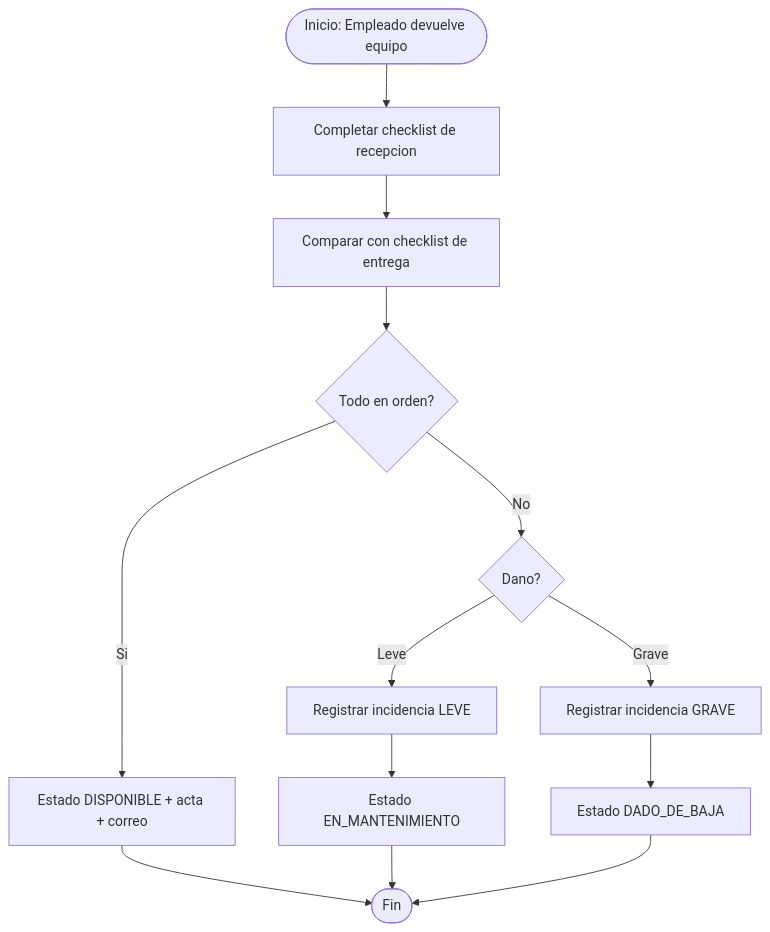
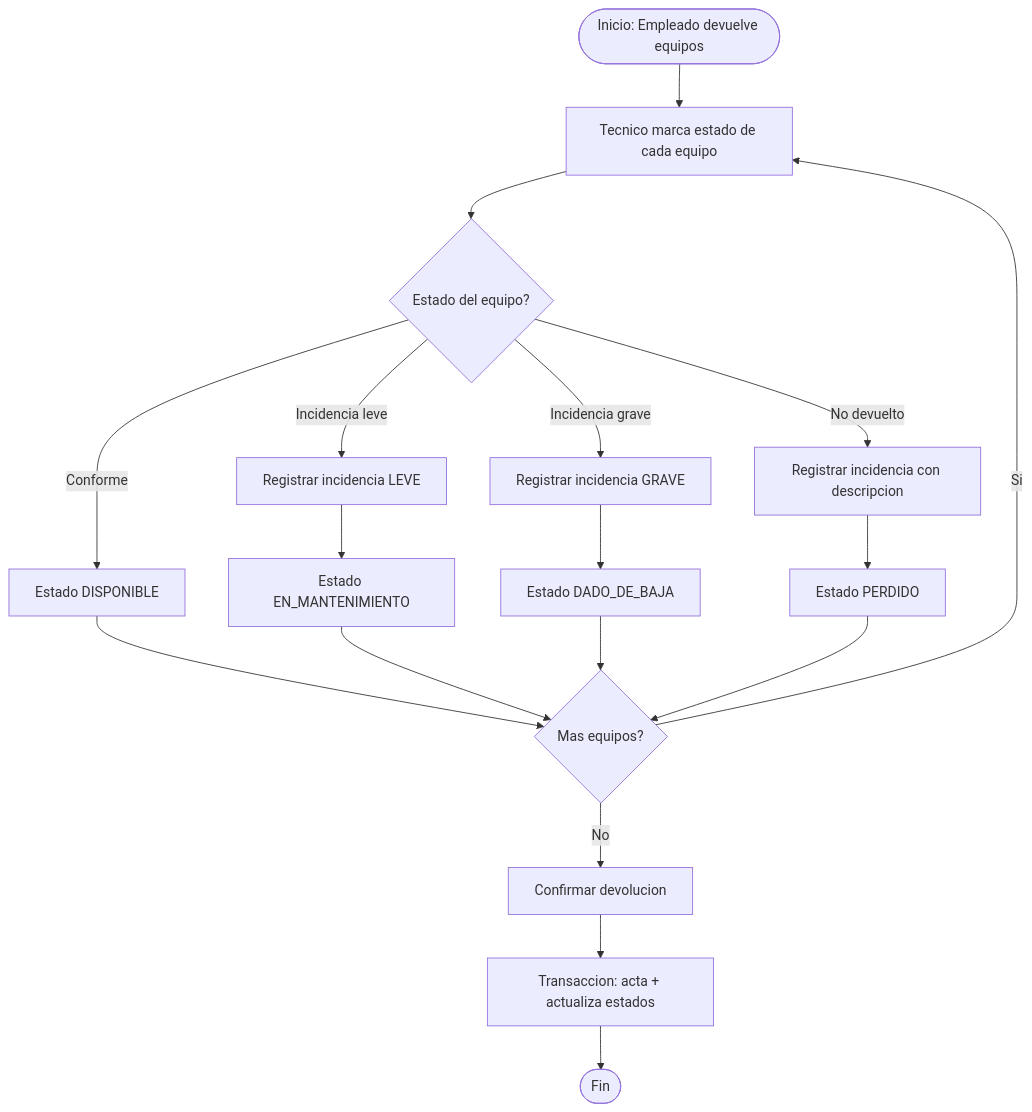
One commit to Kaito740/EquipManager changed the third of 5 diagrams in docs/architecture.md. Above: the diagram before and after it, drawn with Mermaid. The commit also changed other lines of this file and 5 other files, not shown here.

````diff
--- a/docs/architecture.md
+++ b/docs/architecture.md
@@ -50,15 +50,20 @@
 ```mermaid
 flowchart TD
-    A([Inicio: Empleado devuelve equipo]) --> B[Completar checklist de recepcion]
-    B --> C[Comparar con checklist de entrega]
-    C --> D{Todo en orden?}
-    D -->|Si| E[Estado DISPONIBLE + acta + correo]
-    D -->|No| F{Dano?}
-    F -->|Leve| G[Registrar incidencia LEVE]
-    G --> H[Estado EN_MANTENIMIENTO]
-    F -->|Grave| I[Registrar incidencia GRAVE]
-    I --> J[Estado DADO_DE_BAJA]
-    E --> K([Fin])
+    A([Inicio: Empleado devuelve equipos]) --> B[Tecnico marca estado de cada equipo]
+    B --> C{Estado del equipo?}
+    C -->|Conforme| D[Estado DISPONIBLE]
+    C -->|Incidencia leve| E[Registrar incidencia LEVE]
+    E --> F[Estado EN_MANTENIMIENTO]
+    C -->|Incidencia grave| G[Registrar incidencia GRAVE]
+    G --> H[Estado DADO_DE_BAJA]
+    C -->|No devuelto| I[Registrar incidencia con descripcion]
+    I --> J[Estado PERDIDO]
+    D --> K{Mas equipos?}
+    F --> K
     H --> K
     J --> K
+    K -->|Si| B
+    K -->|No| L[Confirmar devolucion]
+    L --> M[Transaccion: acta + actualiza estados]
+    M --> N([Fin])
 ```
````
